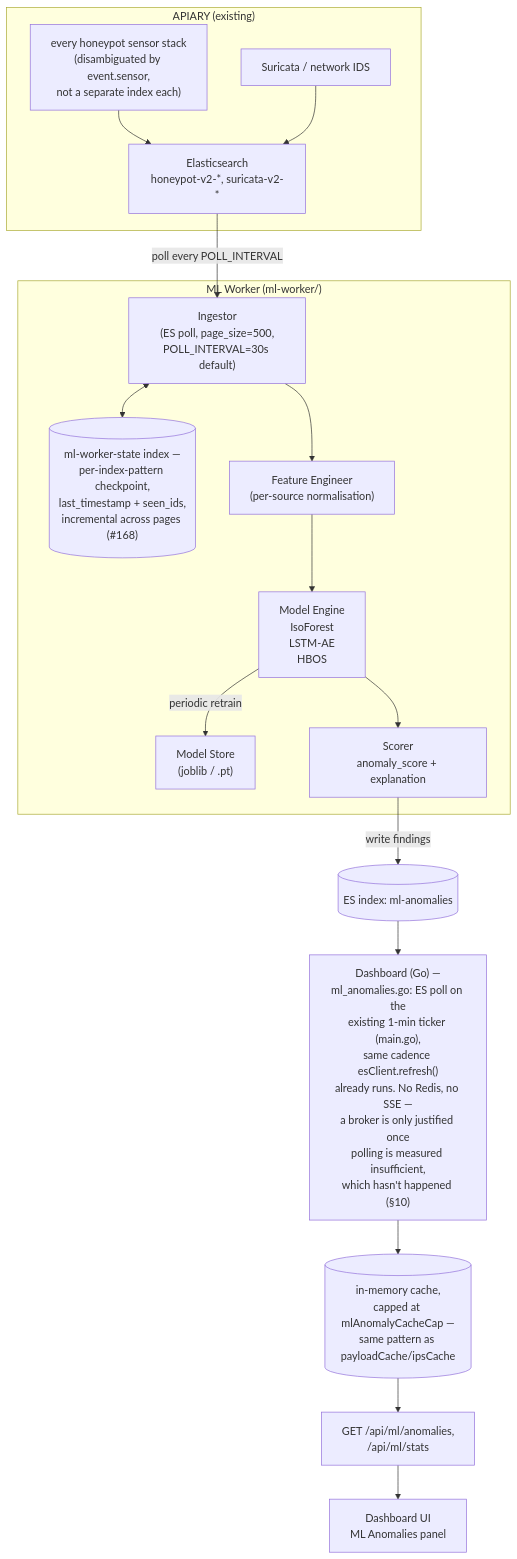
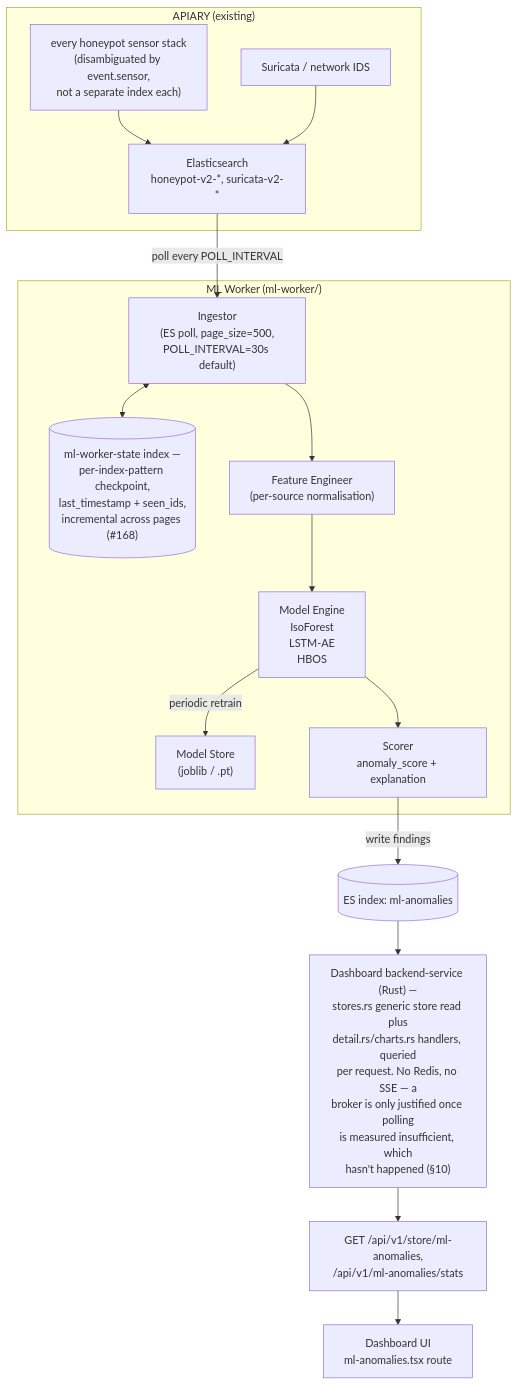
Before and after one commit to Xore/APIARY: the diagram in docs/ml-worker-plan.md, drawn with Mermaid. The commit also changed other lines of this file, not shown here.

First line of the commit message:
docs(ml-worker-plan): fix stale references to retired Go dashboard

````diff
--- a/docs/ml-worker-plan.md
+++ b/docs/ml-worker-plan.md
@@ -113,34 +115,33 @@
 ```mermaid
 flowchart TD
     subgraph Stack["APIARY (existing)"]
         Sensors["every honeypot sensor stack<br/>(disambiguated by event.sensor,<br/>not a separate index each)"]
         Suricata["Suricata / network IDS"]
         ES["Elasticsearch<br/>honeypot-v2-*, suricata-v2-*"]
         Sensors --> ES
         Suricata --> ES
     end
 
     subgraph Worker["ML Worker (ml-worker/)"]
         Ingestor["Ingestor<br/>(ES poll, page_size=500,<br/>POLL_INTERVAL=30s default)"]
         Checkpoint[("ml-worker-state index —<br/>per-index-pattern checkpoint,<br/>last_timestamp + seen_ids,<br/>incremental across pages (#168)")]
         FeatureEng["Feature Engineer<br/>(per-source normalisation)"]
         ModelEngine["Model Engine<br/>IsoForest<br/>LSTM-AE<br/>HBOS"]
         ModelStore["Model Store<br/>(joblib / .pt)"]
         Scorer["Scorer<br/>anomaly_score + explanation"]
 
         Ingestor <--> Checkpoint
         Ingestor --> FeatureEng --> ModelEngine
         ModelEngine -->|periodic retrain| ModelStore
         ModelEngine --> Scorer
     end
 
     MLIndex[("ES index: ml-anomalies")]
-    DashboardGo["Dashboard (Go) —<br/>ml_anomalies.go: ES poll on the<br/>existing 1-min ticker (main.go),<br/>same cadence esClient.refresh()<br/>already runs. No Redis, no SSE —<br/>a broker is only justified once<br/>polling is measured insufficient,<br/>which hasn't happened (§10)"]
-    DashboardCache[("in-memory cache,<br/>capped at mlAnomalyCacheCap —<br/>same pattern as payloadCache/ipsCache")]
-    DashboardAPI["GET /api/ml/anomalies,<br/>/api/ml/stats"]
-    DashboardUI["Dashboard UI<br/>ML Anomalies panel"]
+    DashboardBackend["Dashboard backend-service (Rust) —<br/>stores.rs generic store read plus<br/>detail.rs/charts.rs handlers, queried<br/>per request. No Redis, no SSE — a<br/>broker is only justified once polling<br/>is measured insufficient, which<br/>hasn't happened (§10)"]
+    DashboardAPI["GET /api/v1/store/ml-anomalies,<br/>/api/v1/ml-anomalies/stats"]
+    DashboardUI["Dashboard UI<br/>ml-anomalies.tsx route"]
 
     ES -->|"poll every POLL_INTERVAL"| Ingestor
     Scorer -->|write findings| MLIndex
-    MLIndex --> DashboardGo --> DashboardCache --> DashboardAPI --> DashboardUI
+    MLIndex --> DashboardBackend --> DashboardAPI --> DashboardUI
 ```
````
